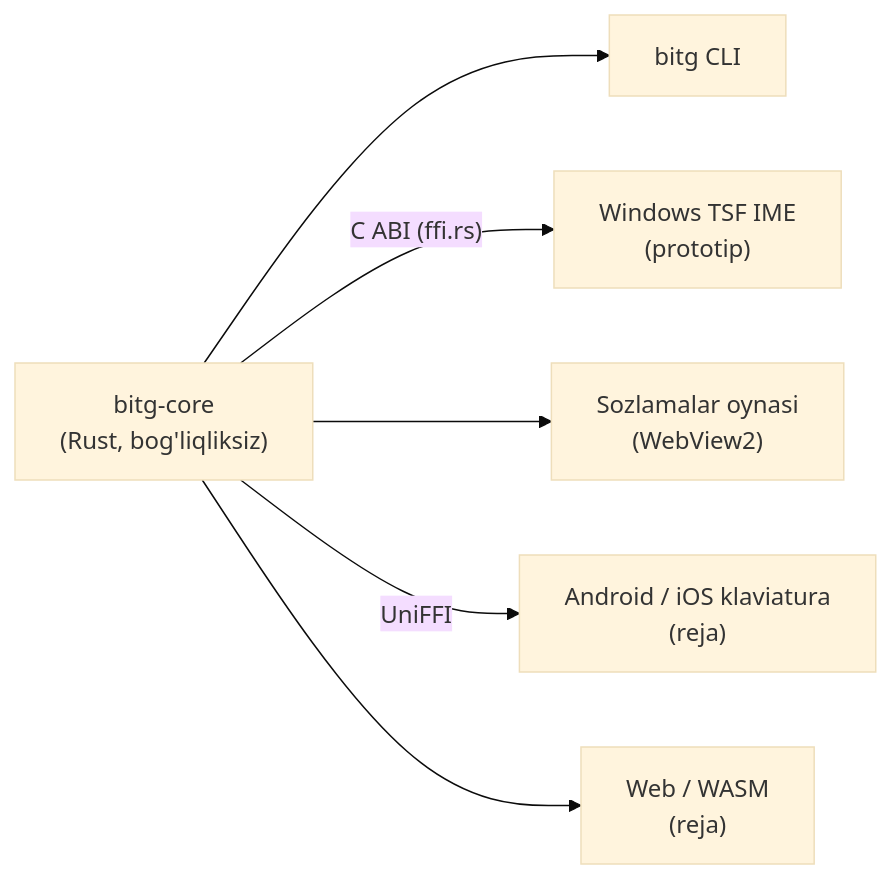
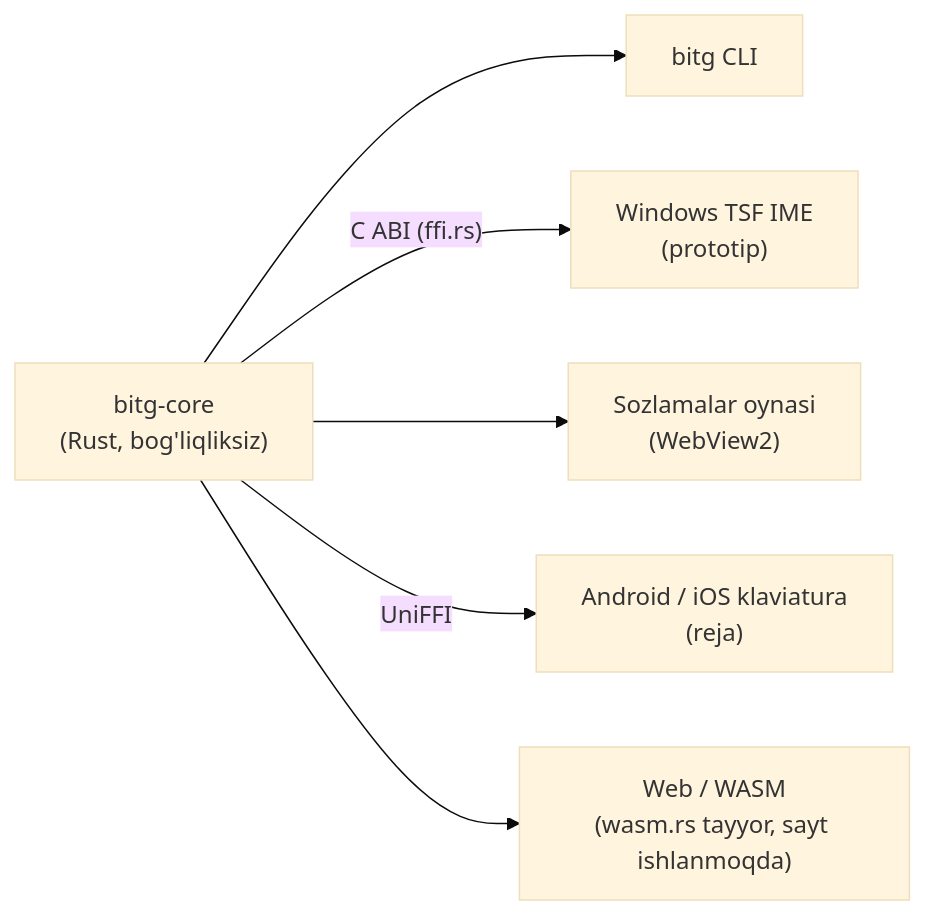
The diagram in README.md (Abdulazim1771/bitg), drawn with Mermaid (base theme) before and after one commit. The commit also changed other lines of this file and 14 other files, not shown here.

````diff
--- a/README.md
+++ b/README.md
@@ -54,14 +76,14 @@
 ```mermaid
 flowchart LR
   core["bitg-core<br/>(Rust, bog'liqliksiz)"]
   cli["bitg CLI"]
   tsf["Windows TSF IME<br/>(prototip)"]
   tray["Sozlamalar oynasi<br/>(WebView2)"]
   mob["Android / iOS klaviatura<br/>(reja)"]
-  web["Web / WASM<br/>(reja)"]
+  web["Web / WASM<br/>(wasm.rs tayyor, sayt ishlanmoqda)"]
   core --> cli
   core -- "C ABI (ffi.rs)" --> tsf
   core --> tray
   core -- "UniFFI" --> mob
   core --> web
 ```
````
